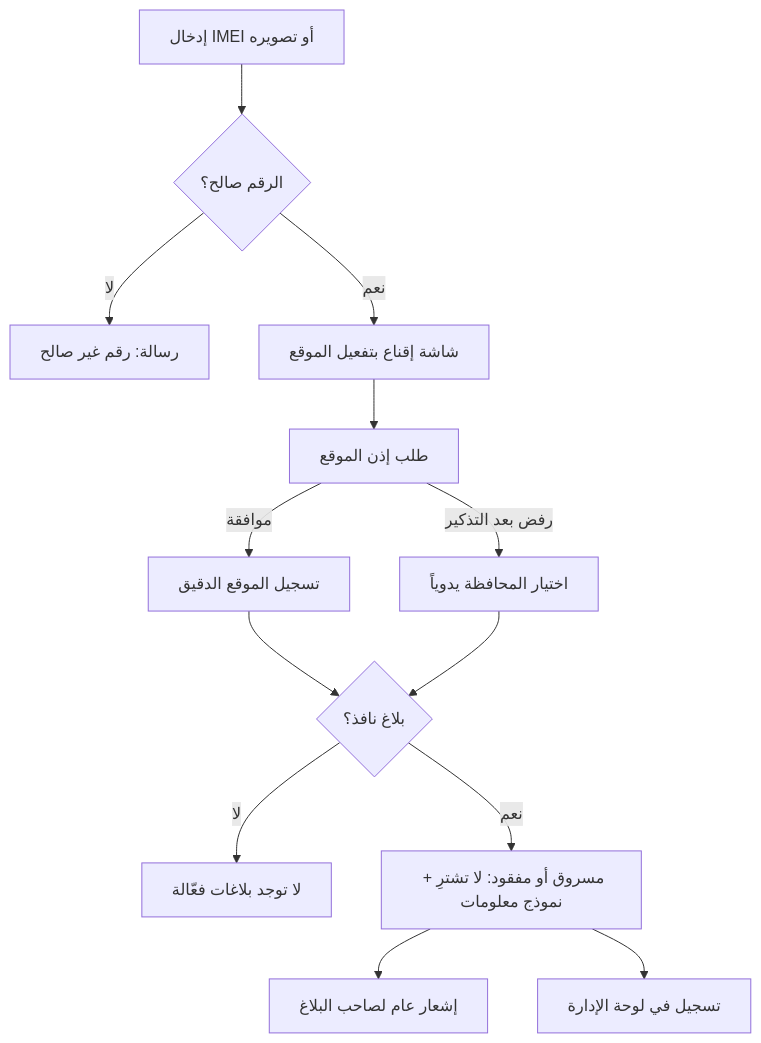
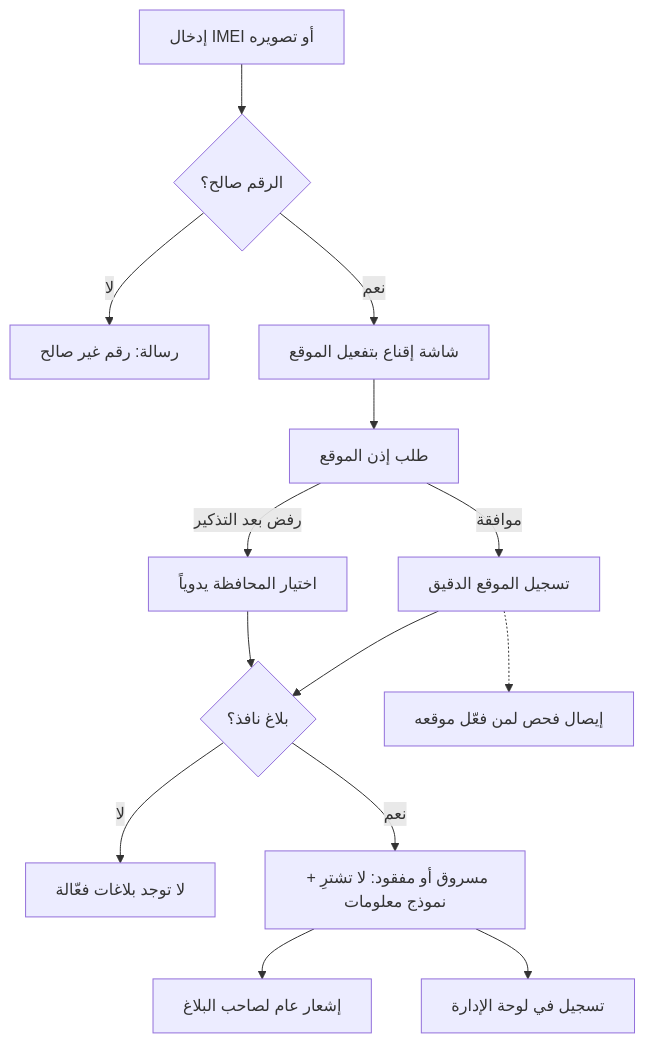
The first of 3 diagrams in docs/05-user-journeys.md (servacode/imei), drawn with Mermaid before and after one commit. The commit also changed other lines of this file and 6 other files, not shown here.

````diff
--- a/docs/05-user-journeys.md
+++ b/docs/05-user-journeys.md
@@ -18,15 +18,16 @@
 ```mermaid
 flowchart TD
     A[إدخال IMEI أو تصويره] --> B{الرقم صالح؟}
     B -- لا --> C[رسالة: رقم غير صالح]
     B -- نعم --> P[شاشة إقناع بتفعيل الموقع]
     P --> D[طلب إذن الموقع]
     D -- موافقة --> E[تسجيل الموقع الدقيق]
     D -- رفض بعد التذكير --> F[اختيار المحافظة يدوياً]
     E --> G{بلاغ نافذ؟}
     F --> G
     G -- لا --> H[لا توجد بلاغات فعّالة]
+    E -.-> R[إيصال فحص لمن فعّل موقعه]
     G -- نعم --> I[مسروق أو مفقود: لا تشترِ + نموذج معلومات]
     I --> J[إشعار عام لصاحب البلاغ]
     I --> K[تسجيل في لوحة الإدارة]
 ```
````
